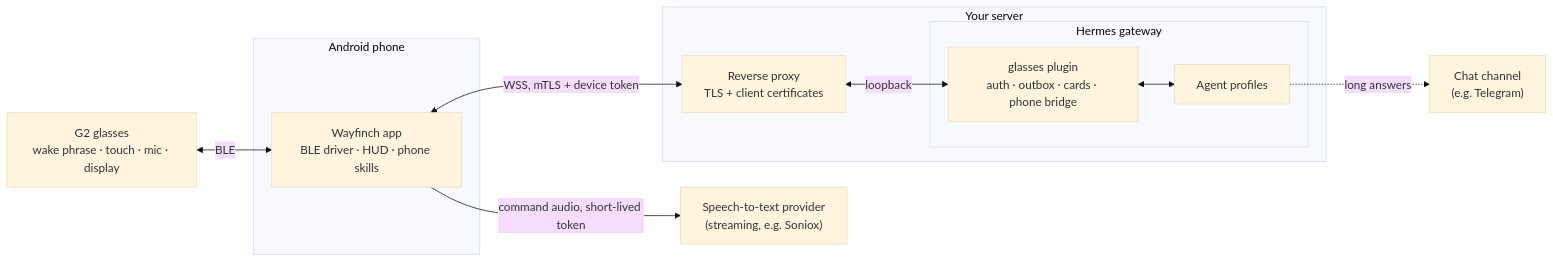
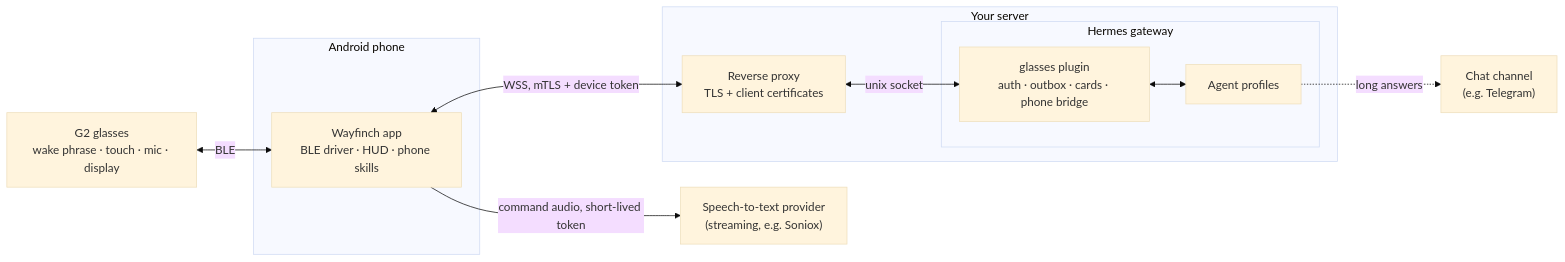
The diagram in README.md (St34x/Wayfinch), drawn with Mermaid (base theme) before and after one commit. The commit also changed other lines of this file and 527 other files, not shown here.

````diff
--- a/README.md
+++ b/README.md
@@ -21,22 +23,22 @@
 ```mermaid
 flowchart LR
     G["G2 glasses<br/>wake phrase · touch · mic · display"]
     subgraph Phone["Android phone"]
         A["Wayfinch app<br/>BLE driver · HUD · phone skills"]
     end
     subgraph Server["Your server"]
         P["Reverse proxy<br/>TLS + client certificates"]
         subgraph H["Hermes gateway"]
             GP["glasses plugin<br/>auth · outbox · cards · phone bridge"]
             AG["Agent profiles"]
         end
     end
     C["Chat channel<br/>(e.g. Telegram)"]
     S["Speech-to-text provider<br/>(streaming, e.g. Soniox)"]
     G <-->|"BLE"| A
     A -->|"command audio, short-lived token"| S
     A <-->|"WSS, mTLS + device token"| P
-    P <-->|"loopback"| GP
+    P <-->|"unix socket"| GP
     GP <--> AG
     AG -.->|"long answers"| C
 ```
````
